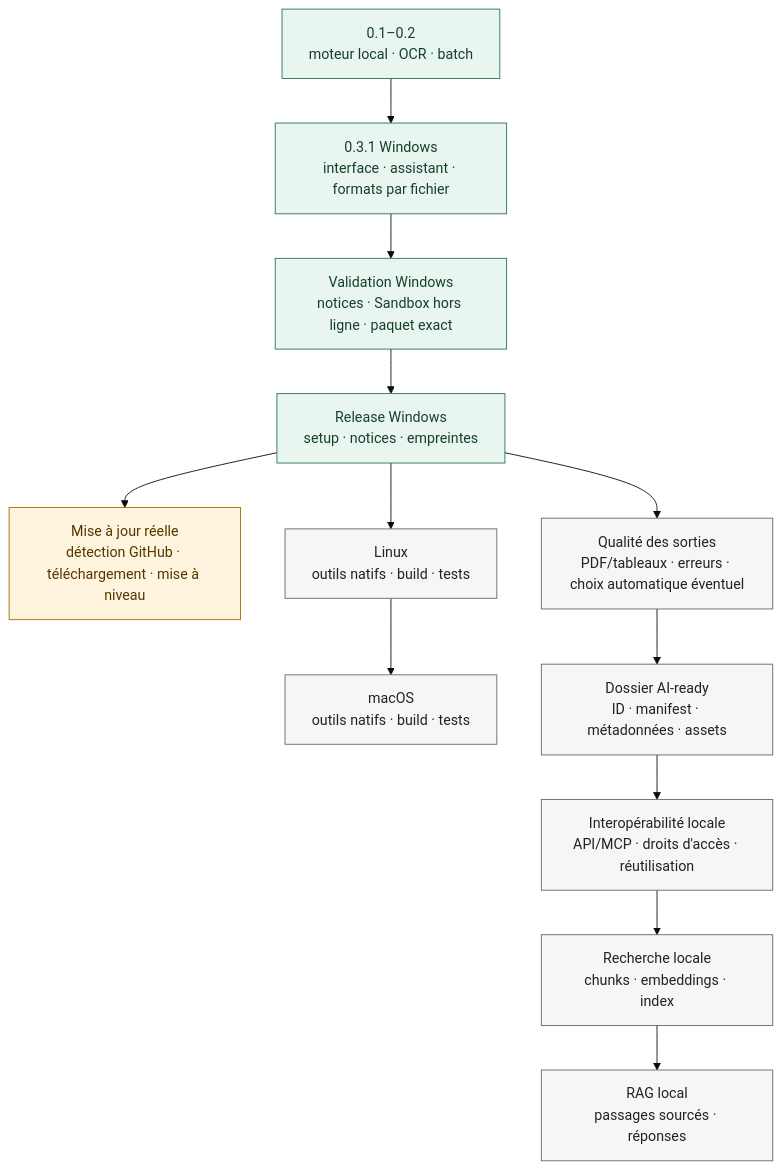
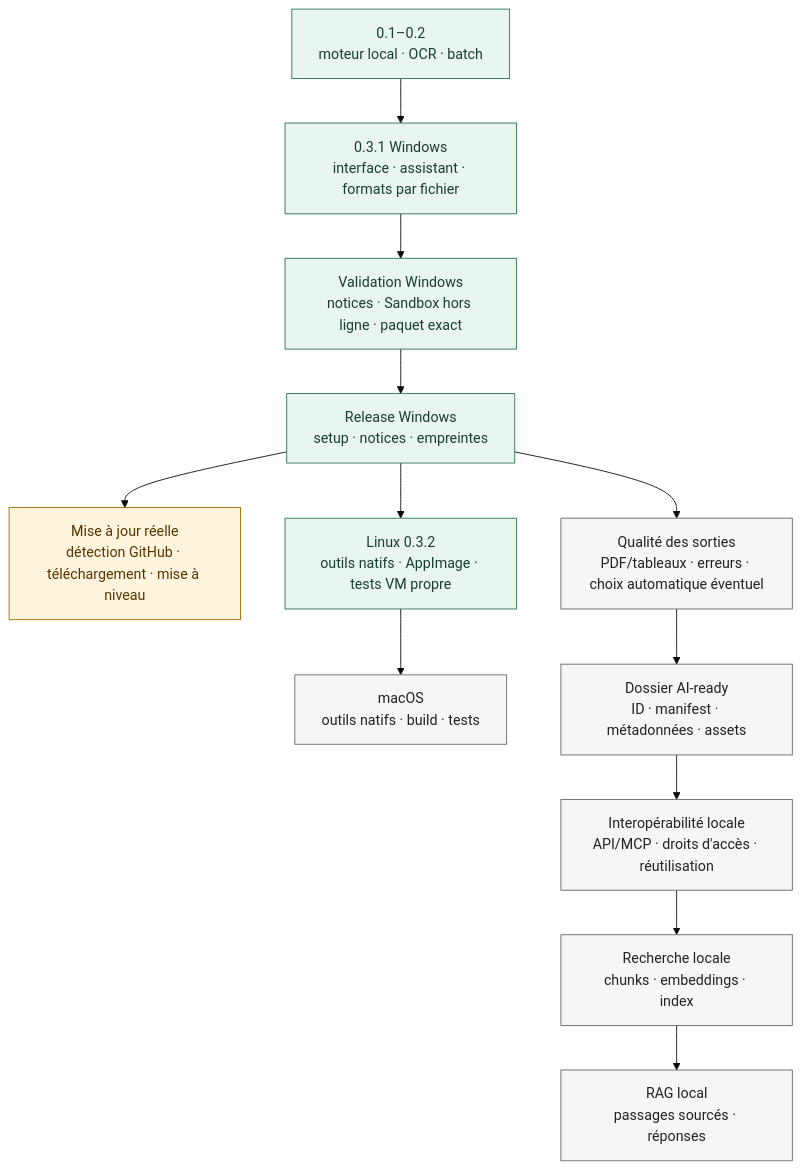
The diagram in docs/ROADMAP.md (ergocogn/local-ai-ready-converter-releases), drawn with Mermaid (base theme) before and after one commit. The commit also changed other lines of this file and 10 other files, not shown here.

````diff
--- a/docs/ROADMAP.md
+++ b/docs/ROADMAP.md
@@ -7,20 +7,20 @@
 ```mermaid
 flowchart TB
   A["0.1–0.2<br/>moteur local · OCR · batch"] --> B["0.3.1 Windows<br/>interface · assistant · formats par fichier"]
   B --> C["Validation Windows<br/>notices · Sandbox hors ligne · paquet exact"]
   C --> D["Release Windows<br/>setup · notices · empreintes"]
   D --> U["Mise à jour réelle<br/>détection GitHub · téléchargement · mise à niveau"]
 
-  D --> L["Linux<br/>outils natifs · build · tests"] --> M["macOS<br/>outils natifs · build · tests"]
+  D --> L["Linux 0.3.2<br/>outils natifs · AppImage · tests VM propre"] --> M["macOS<br/>outils natifs · build · tests"]
   D --> Q["Qualité des sorties<br/>PDF/tableaux · erreurs · choix automatique éventuel"]
   Q --> F["Dossier AI-ready<br/>ID · manifest · métadonnées · assets"]
   F --> P["Interopérabilité locale<br/>API/MCP · droits d'accès · réutilisation"]
   P --> K["Recherche locale<br/>chunks · embeddings · index"] --> R["RAG local<br/>passages sourcés · réponses"]
 
   classDef fait fill:#e9f5ef,stroke:#287451,color:#173f2e
   classDef enCours fill:#fff4dd,stroke:#a56b00,color:#553600
   classDef futur fill:#f6f6f6,stroke:#666,color:#222
-  class A,B,C,D fait
+  class A,B,C,D,L fait
   class U enCours
-  class L,M,Q,F,P,K,R futur
+  class M,Q,F,P,K,R futur
 ```
````
